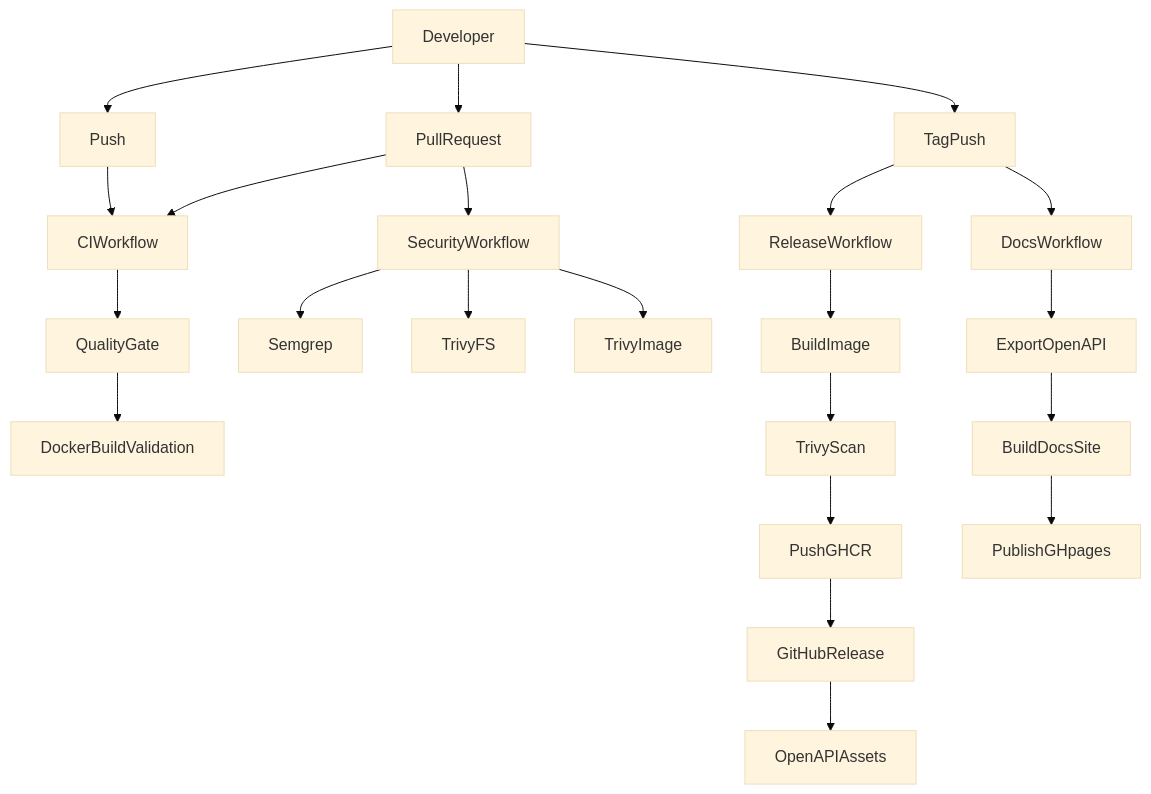
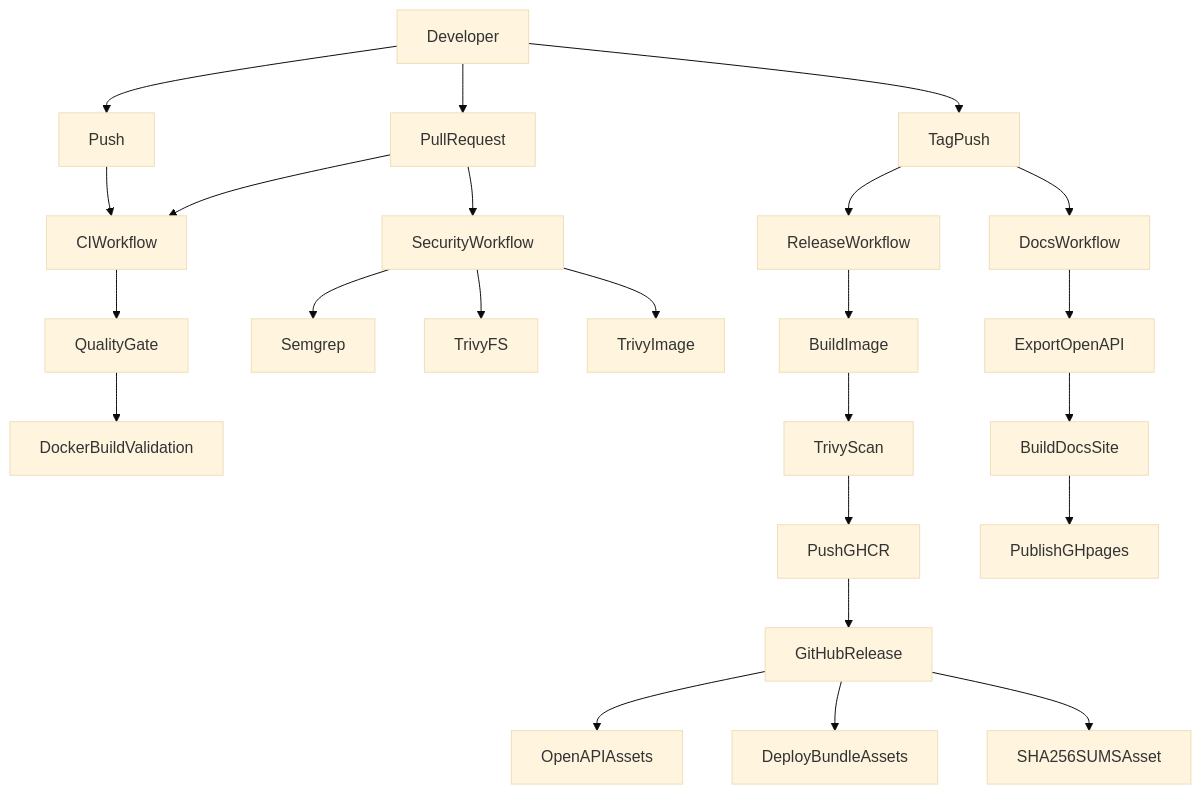
One commit to Libertocrat/star changed the first of 6 diagrams in docs/CI.md. Above: the diagram before and after it, drawn with Mermaid (base theme). The commit also changed other lines of this file and 28 other files, not shown here.

````diff
--- a/docs/CI.md
+++ b/docs/CI.md
@@ -46,31 +47,33 @@
 ```mermaid
 flowchart TD
 
 Developer --> Push
 Developer --> PullRequest
 Developer --> TagPush
 
 Push --> CIWorkflow
 PullRequest --> CIWorkflow
 PullRequest --> SecurityWorkflow
 
 TagPush --> ReleaseWorkflow
 TagPush --> DocsWorkflow
 
 CIWorkflow --> QualityGate
 QualityGate --> DockerBuildValidation
 
 SecurityWorkflow --> Semgrep
 SecurityWorkflow --> TrivyFS
 SecurityWorkflow --> TrivyImage
 
 ReleaseWorkflow --> BuildImage
 BuildImage --> TrivyScan
 TrivyScan --> PushGHCR
 PushGHCR --> GitHubRelease
 GitHubRelease --> OpenAPIAssets
+GitHubRelease --> DeployBundleAssets
+GitHubRelease --> SHA256SUMSAsset
 
 DocsWorkflow --> ExportOpenAPI
 ExportOpenAPI --> BuildDocsSite
 BuildDocsSite --> PublishGHpages
 ```
````
